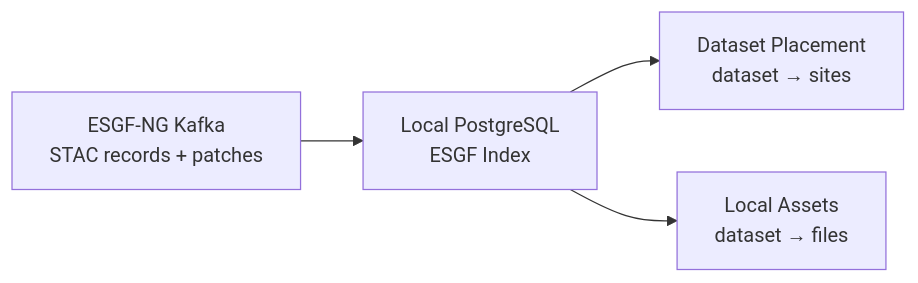
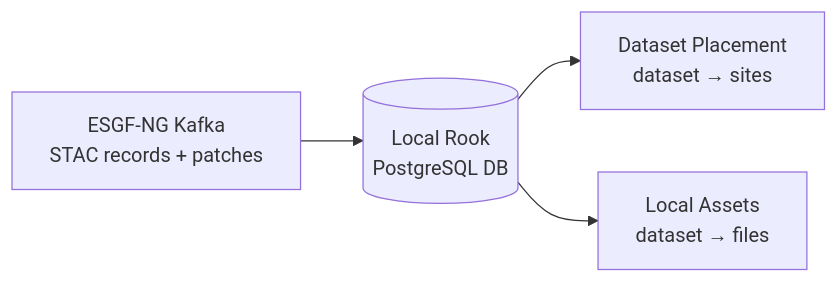
Before and after one commit to roocs/rook: the eighth of 18 diagrams in ARCH_ESGF2.md, drawn with Mermaid. The commit also changed other lines of this file, not shown here.

````diff
--- a/ARCH_ESGF2.md
+++ b/ARCH_ESGF2.md
@@ -279,14 +290,14 @@
 ```mermaid
 flowchart LR
     Kafka[ESGF-NG Kafka<br/>STAC records + patches]
 
-    DB[Local PostgreSQL<br/>ESGF Index]
+    DB[(Local Rook<br/>PostgreSQL DB)]
 
     Placement[Dataset Placement<br/>dataset → sites]
     Assets[Local Assets<br/>dataset → files]
 
     Kafka --> DB
 
     DB --> Placement
     DB --> Assets
 ```
````
